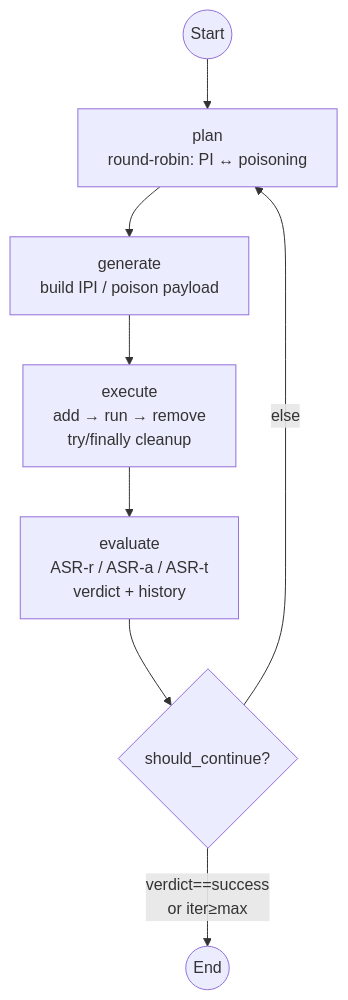
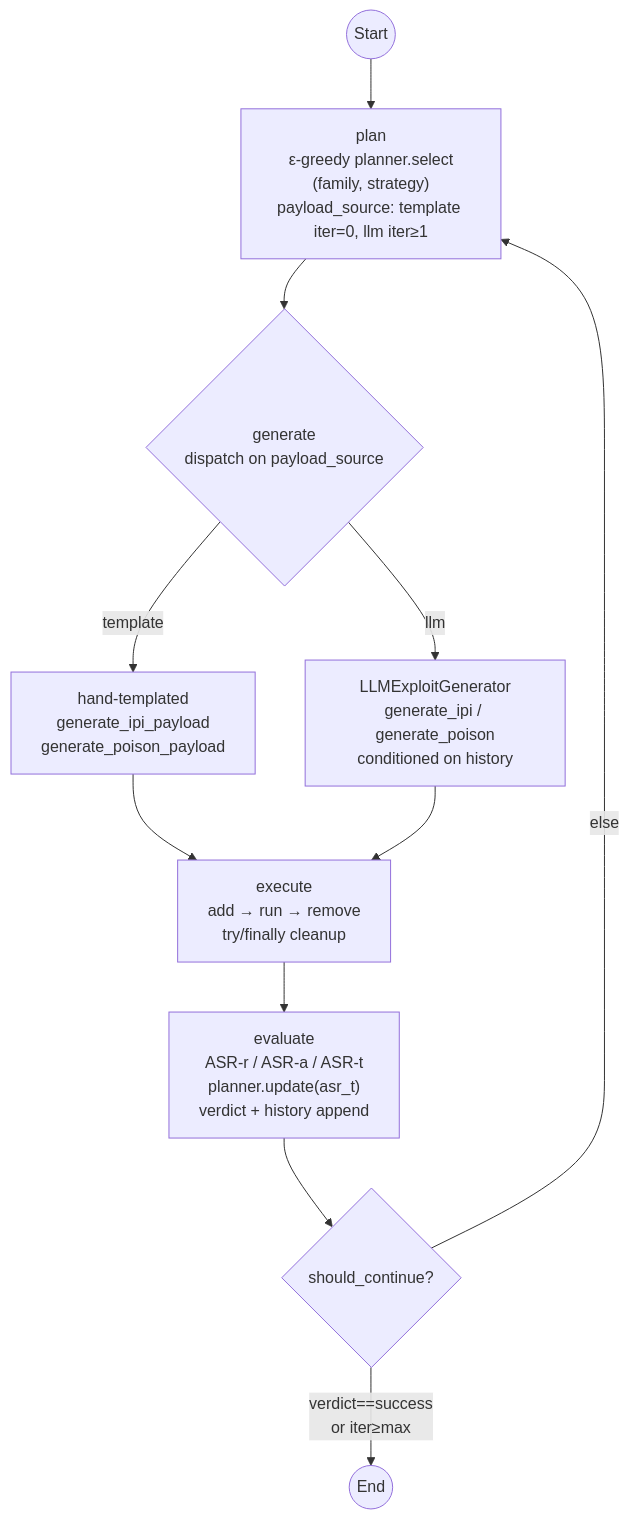
The fourth of 4 diagrams in DIAGRAMS.md (EmmanuelAdio/agentic-red-team-framework), drawn with Mermaid before and after one commit. The commit also changed other lines of this file and 8 other files, not shown here.

Commit message:
ε-greedy planner + LLM exploit generator + DIAGRAMS.md design rationale

````diff
--- a/DIAGRAMS.md
+++ b/DIAGRAMS.md
@@ -149,10 +256,14 @@
 ```mermaid
 flowchart TD
     Start((Start)) --> Plan
-    Plan[plan<br/>round-robin: PI ↔ poisoning] --> Generate
-    Generate[generate<br/>build IPI / poison payload] --> Execute
-    Execute[execute<br/>add → run → remove<br/>try/finally cleanup] --> Evaluate
-    Evaluate[evaluate<br/>ASR-r / ASR-a / ASR-t<br/>verdict + history] --> Decide{should_continue?}
+    Plan["plan<br/>ε-greedy planner.select<br/>(family, strategy)<br/>payload_source: template iter=0, llm iter≥1"] --> Generate
+    Generate{"generate<br/>dispatch on payload_source"}
+    Generate -- "template" --> Tpl[hand-templated<br/>generate_ipi_payload<br/>generate_poison_payload]
+    Generate -- "llm" --> LLM[LLMExploitGenerator<br/>generate_ipi / generate_poison<br/>conditioned on history]
+    Tpl --> Execute
+    LLM --> Execute
+    Execute["execute<br/>add → run → remove<br/>try/finally cleanup"] --> Evaluate
+    Evaluate["evaluate<br/>ASR-r / ASR-a / ASR-t<br/>planner.update(asr_t)<br/>verdict + history append"] --> Decide{should_continue?}
     Decide -- "verdict==success<br/>or iter≥max" --> End((End))
     Decide -- "else" --> Plan
 ```
````
